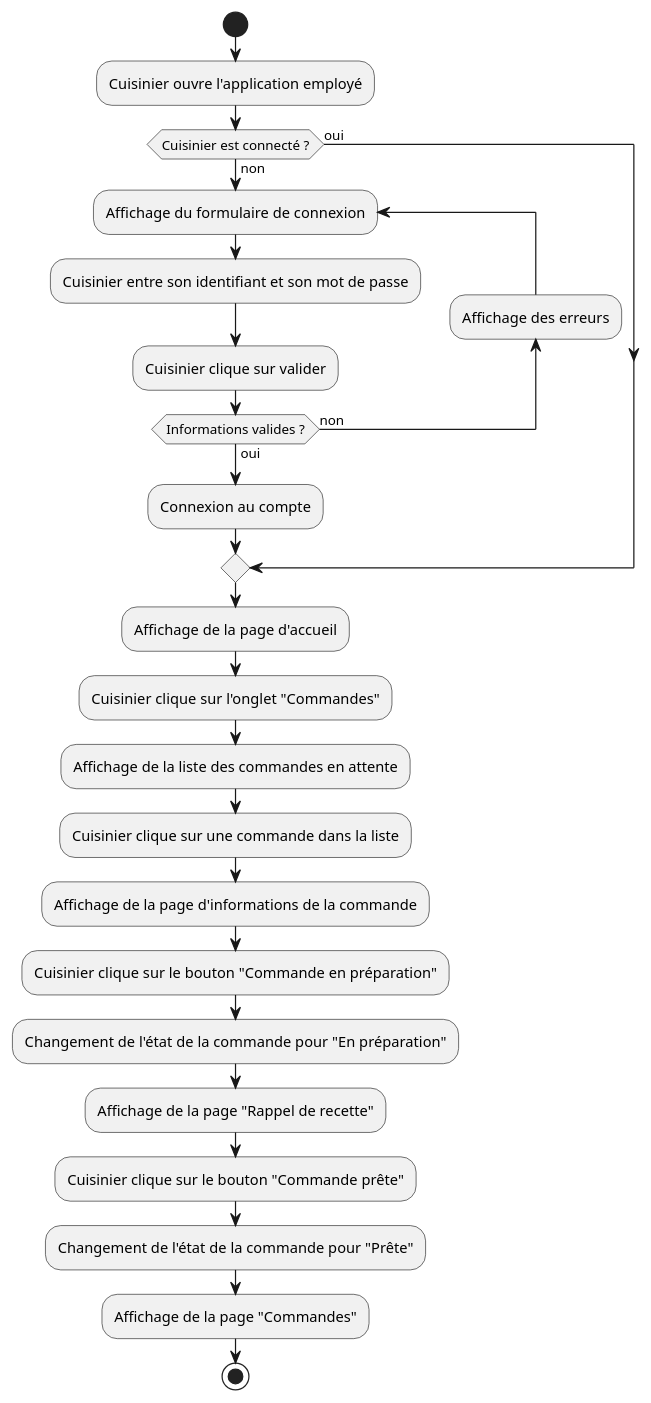
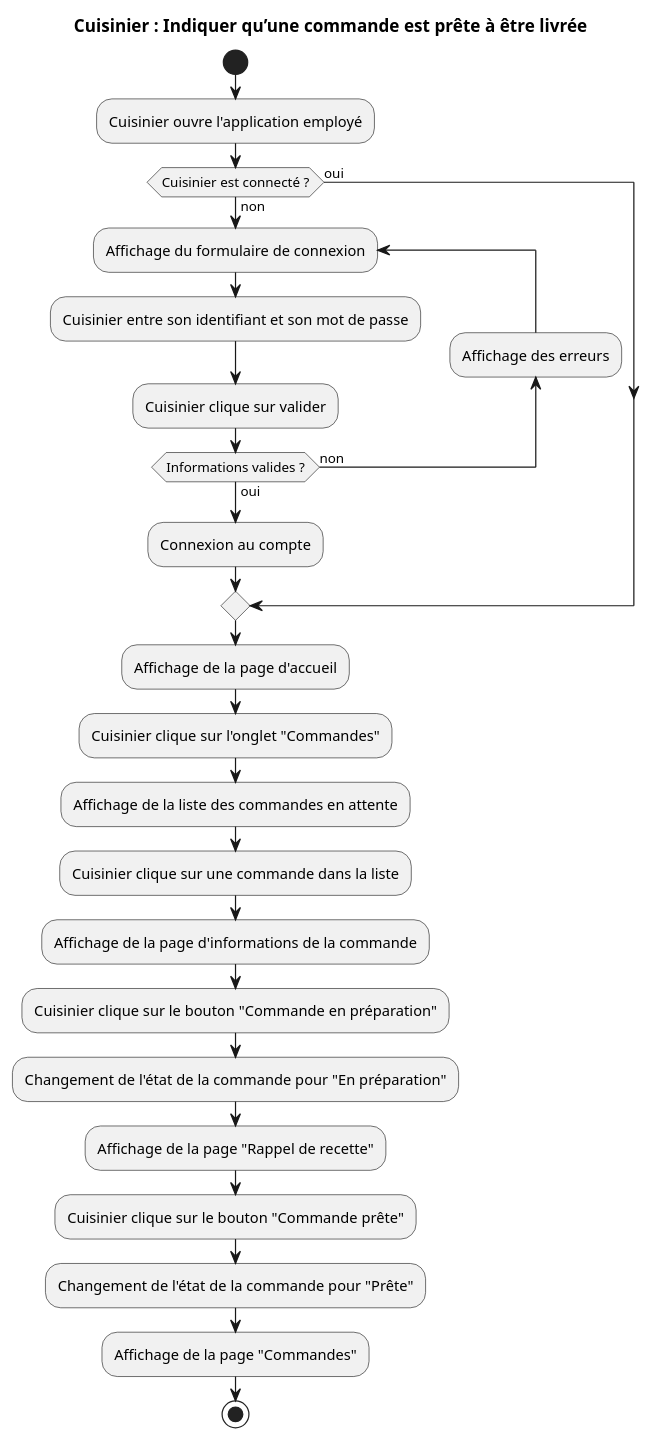
Before and after one commit to Gumpah/project_6: the diagram in diagrams/worker_set_order_ready.puml, drawn with PlantUML. The commit also changed 25 other files, not shown here.

Commit message:
Adding title to diagrams

```diff
--- a/diagrams/worker_set_order_ready.puml
+++ b/diagrams/worker_set_order_ready.puml
@@ -1,34 +1,36 @@
 @startuml
 'https://plantuml.com/activity-diagram-beta
+
+title Cuisinier : Indiquer qu’une commande est prête à être livrée
 
 start
 
 :Cuisinier ouvre l'application employé;
 
 if (Cuisinier est connecté ?) then (oui)
 else (non)
     repeat :Affichage du formulaire de connexion;
         :Cuisinier entre son identifiant et son mot de passe;
         :Cuisinier clique sur valider;
         backward:Affichage des erreurs;
     repeat while (Informations valides ?) is (non) not (oui)
 
     :Connexion au compte;
 
 endif
 
 :Affichage de la page d'accueil;
 :Cuisinier clique sur l'onglet "Commandes";
 :Affichage de la liste des commandes en attente;
 :Cuisinier clique sur une commande dans la liste;
 :Affichage de la page d'informations de la commande;
 :Cuisinier clique sur le bouton "Commande en préparation";
 :Changement de l'état de la commande pour "En préparation";
 :Affichage de la page "Rappel de recette";
 :Cuisinier clique sur le bouton "Commande prête";
 :Changement de l'état de la commande pour "Prête";
 :Affichage de la page "Commandes";
 
 stop
 
 @enduml
```
